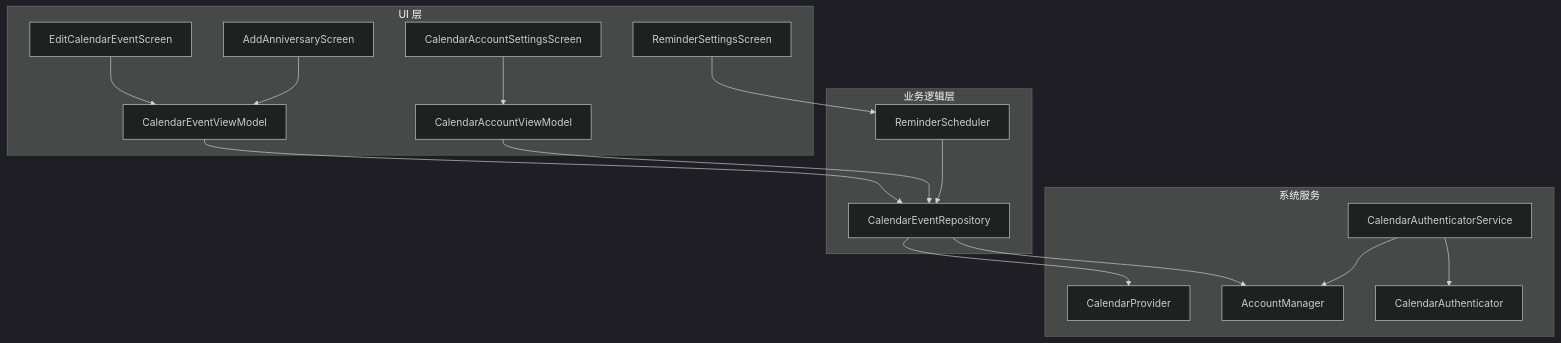
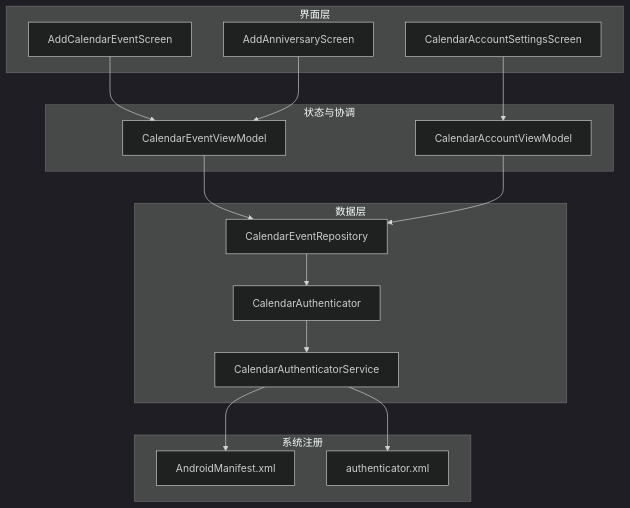
The first of 7 diagrams in .qoder/repowiki/zh/content/系统集成/系统日历集成.md (xiaobai860/paibanrili), drawn with Mermaid (dark theme) before and after one commit. The commit also changed other lines of this file and 245 other files, not shown here.

````diff
--- a/.qoder/repowiki/zh/content/系统集成/系统日历集成.md
+++ b/.qoder/repowiki/zh/content/系统集成/系统日历集成.md
@@ -52,32 +35,30 @@
 ```mermaid
 graph TB
-subgraph "UI 层"
+subgraph "数据层"
+Repo["CalendarEventRepository"]
+AccAuth["CalendarAuthenticator"]
+AccSvc["CalendarAuthenticatorService"]
+end
+subgraph "界面层"
+AddEvt["AddCalendarEventScreen"]
+AddAnniv["AddAnniversaryScreen"]
+AccSet["CalendarAccountSettingsScreen"]
+end
+subgraph "状态与协调"
 VM["CalendarEventViewModel"]
 AccVM["CalendarAccountViewModel"]
-Edit["EditCalendarEventScreen"]
-Anniv["AddAnniversaryScreen"]
-AccSet["CalendarAccountSettingsScreen"]
-RemSet["ReminderSettingsScreen"]
 end
-subgraph "业务逻辑层"
-Repo["CalendarEventRepository"]
-RemSch["ReminderScheduler"]
+subgraph "系统注册"
+Mani["AndroidManifest.xml"]
+AuthXml["authenticator.xml"]
 end
-subgraph "系统服务"
-Prov["CalendarProvider"]
-AM["AccountManager"]
-AuthSvc["CalendarAuthenticatorService"]
-Auth["CalendarAuthenticator"]
-end
+AddEvt --> VM
+AddAnniv --> VM
+AccSet --> AccVM
 VM --> Repo
 AccVM --> Repo
-RemSch --> Repo
-Edit --> VM
-Anniv --> VM
-AccSet --> AccVM
-RemSet --> RemSch
-Repo --> Prov
-Repo --> AM
-AuthSvc --> Auth
-AuthSvc --> AM
+Repo --> AccAuth
+AccAuth --> AccSvc
+AccSvc --> Mani
+AccSvc --> AuthXml
 ```
````
